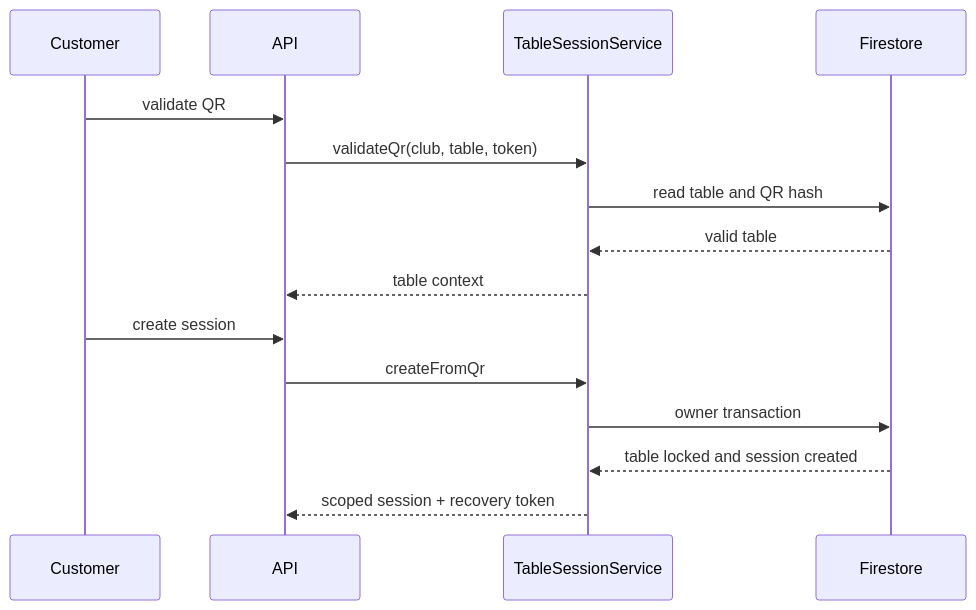
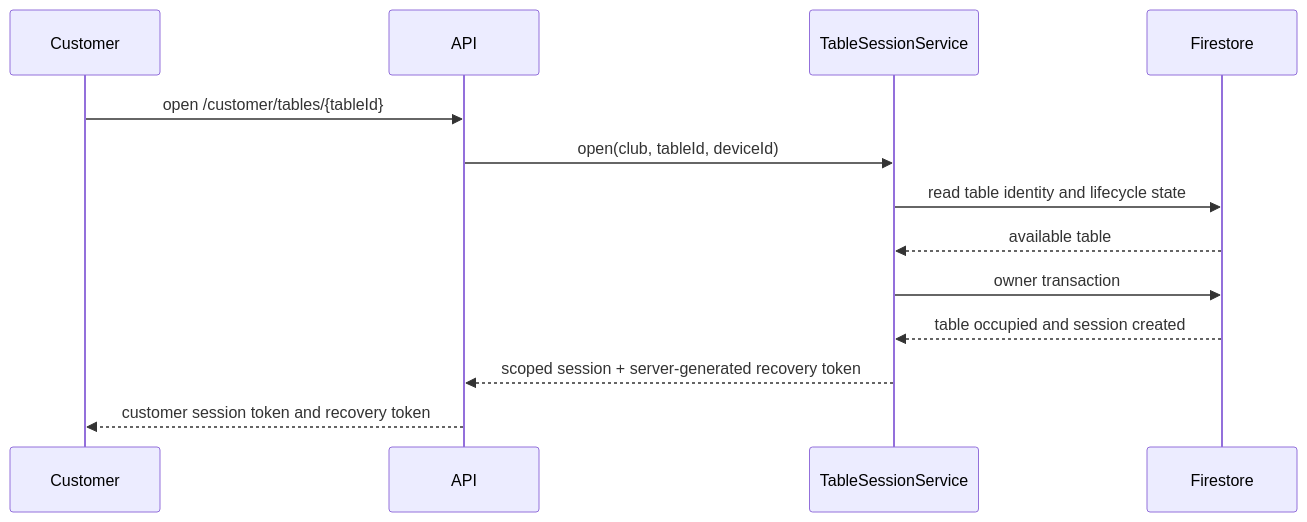
The first of 6 diagrams in docs/diagrams/sequences.md (DarknDark/LoungeOS), drawn with Mermaid before and after one commit. The commit also changed other lines of this file and 26 other files, not shown here.

First line of the commit message:
Implement customer session management API and update associated client and documentation

````diff
--- a/docs/diagrams/sequences.md
+++ b/docs/diagrams/sequences.md
@@ -5,17 +5,15 @@
 ```mermaid
 sequenceDiagram
   participant C as Customer
   participant API as API
   participant S as TableSessionService
   participant F as Firestore
-  C->>API: validate QR
-  API->>S: validateQr(club, table, token)
-  S->>F: read table and QR hash
-  F-->>S: valid table
-  S-->>API: table context
-  C->>API: create session
-  API->>S: createFromQr
+  C->>API: open /customer/tables/{tableId}
+  API->>S: open(club, tableId, deviceId)
+  S->>F: read table identity and lifecycle state
+  F-->>S: available table
   S->>F: owner transaction
-  F-->>S: table locked and session created
-  S-->>API: scoped session + recovery token
+  F-->>S: table occupied and session created
+  S-->>API: scoped session + server-generated recovery token
+  API-->>C: customer session token and recovery token
 ```
````
